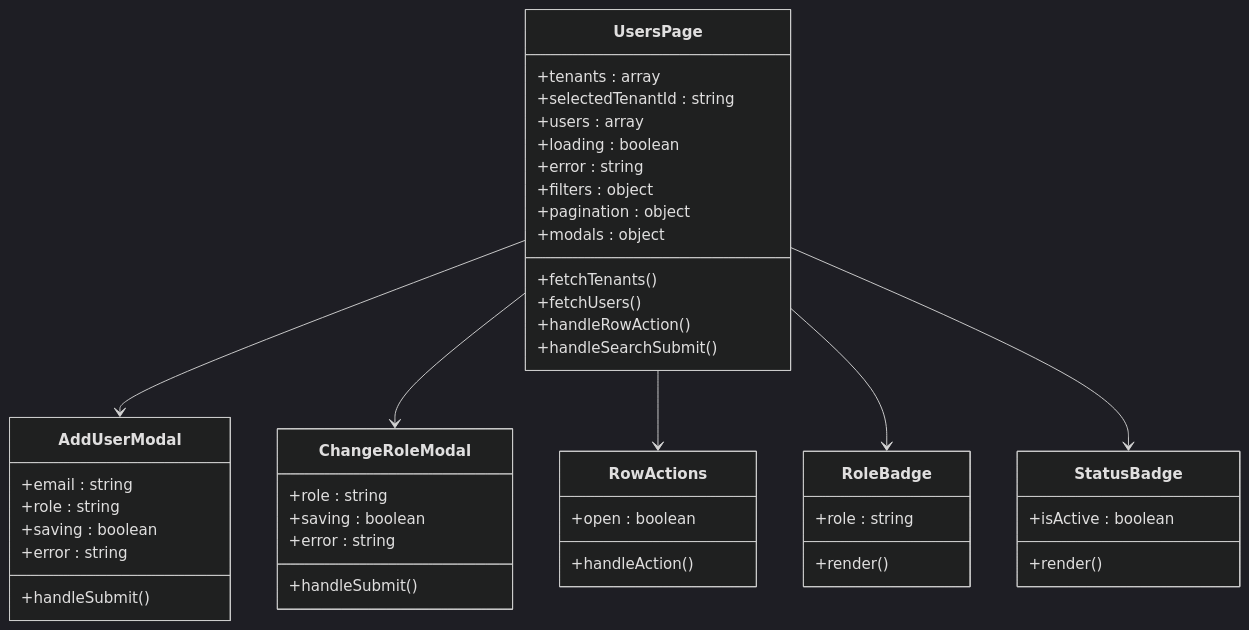
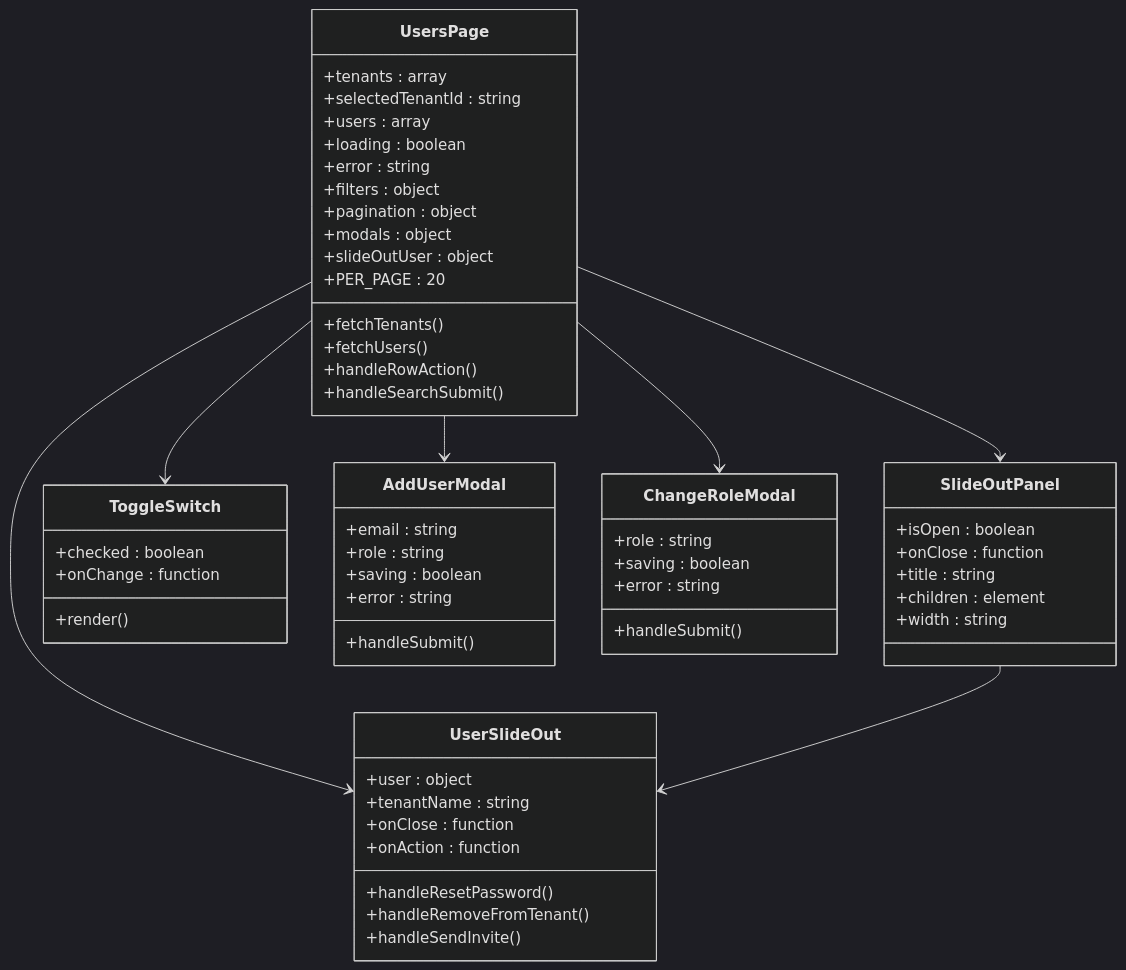
Before and after one commit to Revanththetalogics/aireume: diagram 25 of 27 in .qoder/repowiki/en/content/Frontend Architecture/User Management.md, drawn with Mermaid (dark theme). The commit also changed other lines of this file and 7 other files, not shown here.

````diff
--- a/.qoder/repowiki/en/content/Frontend Architecture/User Management.md
+++ b/.qoder/repowiki/en/content/Frontend Architecture/User Management.md
@@ -797,47 +1005,59 @@
 ```mermaid
 classDiagram
 class UsersPage {
 +tenants : array
 +selectedTenantId : string
 +users : array
 +loading : boolean
 +error : string
 +filters : object
 +pagination : object
 +modals : object
++slideOutUser : object
++PER_PAGE : 20
 +fetchTenants()
 +fetchUsers()
 +handleRowAction()
 +handleSearchSubmit()
+}
+class SlideOutPanel {
++isOpen : boolean
++onClose : function
++title : string
++children : element
++width : string
+}
+class UserSlideOut {
++user : object
++tenantName : string
++onClose : function
++onAction : function
++handleResetPassword()
++handleRemoveFromTenant()
++handleSendInvite()
+}
+class ToggleSwitch {
++checked : boolean
++onChange : function
++render()
 }
 class AddUserModal {
 +email : string
 +role : string
 +saving : boolean
 +error : string
 +handleSubmit()
 }
 class ChangeRoleModal {
 +role : string
 +saving : boolean
 +error : string
 +handleSubmit()
 }
-class RowActions {
-+open : boolean
-+handleAction()
-}
-class RoleBadge {
-+role : string
-+render()
-}
-class StatusBadge {
-+isActive : boolean
-+render()
-}
+UsersPage --> SlideOutPanel
+UsersPage --> UserSlideOut
+UsersPage --> ToggleSwitch
 UsersPage --> AddUserModal
 UsersPage --> ChangeRoleModal
-UsersPage --> RowActions
-UsersPage --> RoleBadge
-UsersPage --> StatusBadge
+SlideOutPanel --> UserSlideOut
 ```
````
